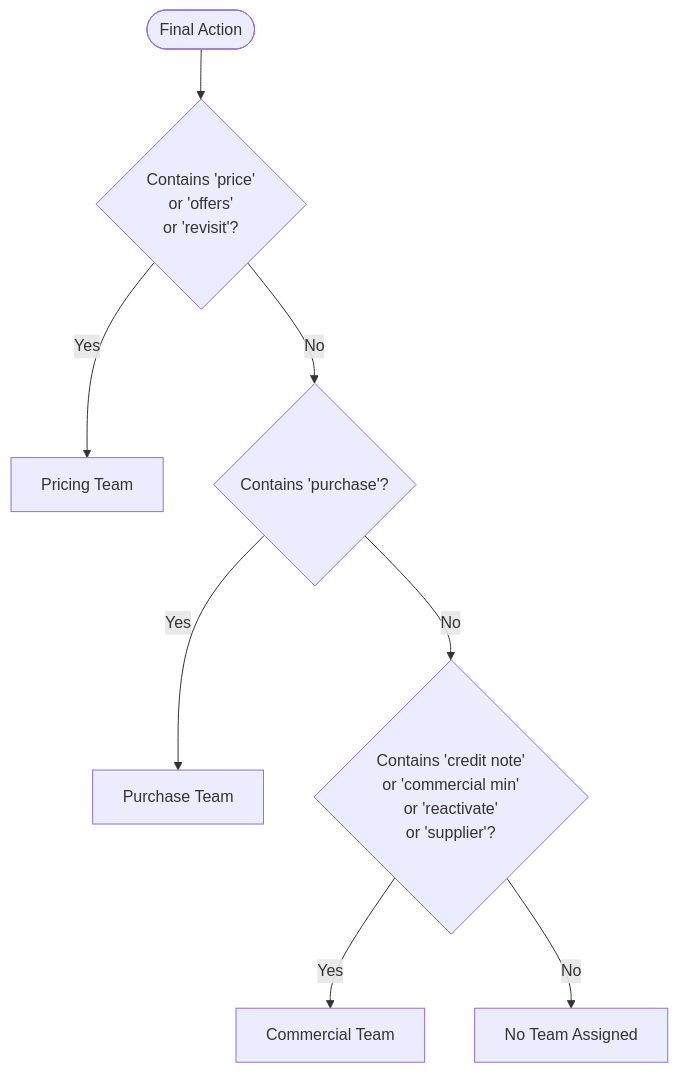
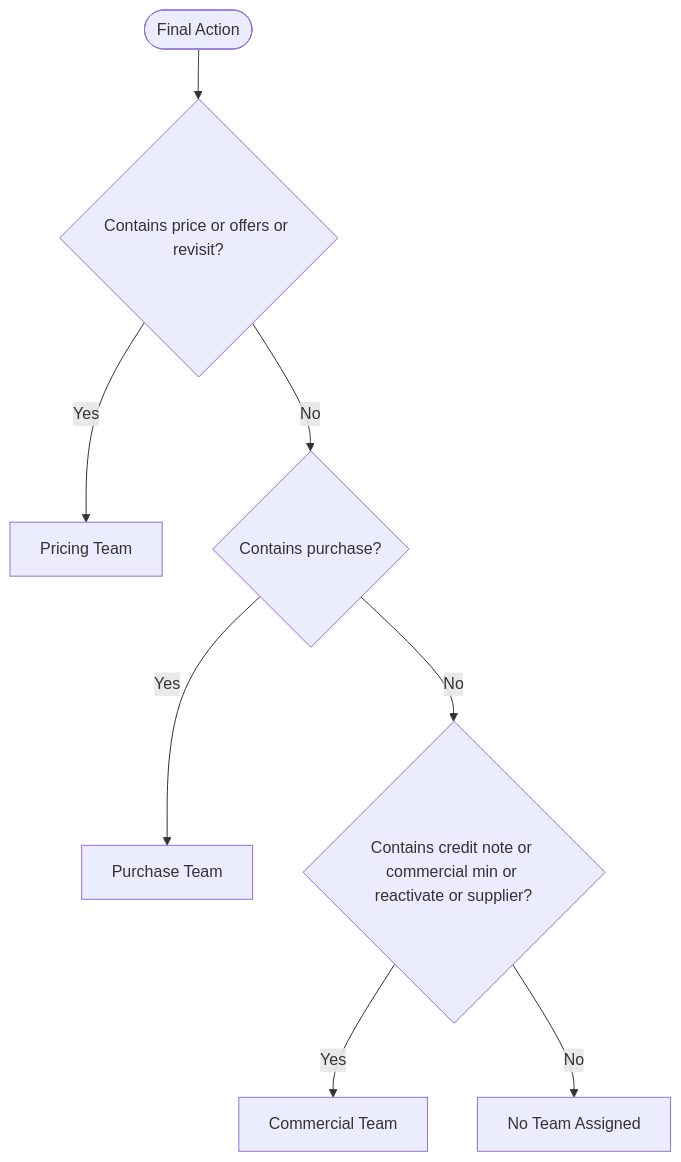
Before and after one commit to Maxab-Growth/Mustafa: the sixth of 6 diagrams in pricing_decision_flowchart.md, drawn with Mermaid. The commit also changed other lines of this file, not shown here.

````diff
--- a/pricing_decision_flowchart.md
+++ b/pricing_decision_flowchart.md
@@ -165,13 +180,13 @@
 ```mermaid
 flowchart TD
-    ACTION([Final Action]) --> PRICING{Contains 'price'<br/>or 'offers'<br/>or 'revisit'?}
+    ACTION(["Final Action"]) --> PRICING{"Contains price or offers or revisit?"}
     
-    PRICING -->|Yes| PRICING_TEAM[Pricing Team]
-    PRICING -->|No| PURCHASE{Contains 'purchase'?}
+    PRICING -->|Yes| PRICING_TEAM["Pricing Team"]
+    PRICING -->|No| PURCHASE{"Contains purchase?"}
     
-    PURCHASE -->|Yes| PURCHASE_TEAM[Purchase Team]
-    PURCHASE -->|No| COMMERCIAL{Contains 'credit note'<br/>or 'commercial min'<br/>or 'reactivate'<br/>or 'supplier'?}
+    PURCHASE -->|Yes| PURCHASE_TEAM["Purchase Team"]
+    PURCHASE -->|No| COMMERCIAL{"Contains credit note or commercial min or reactivate or supplier?"}
     
-    COMMERCIAL -->|Yes| COMMERCIAL_TEAM[Commercial Team]
-    COMMERCIAL -->|No| NO_TEAM[No Team Assigned]
+    COMMERCIAL -->|Yes| COMMERCIAL_TEAM["Commercial Team"]
+    COMMERCIAL -->|No| NO_TEAM["No Team Assigned"]
 ```
````
